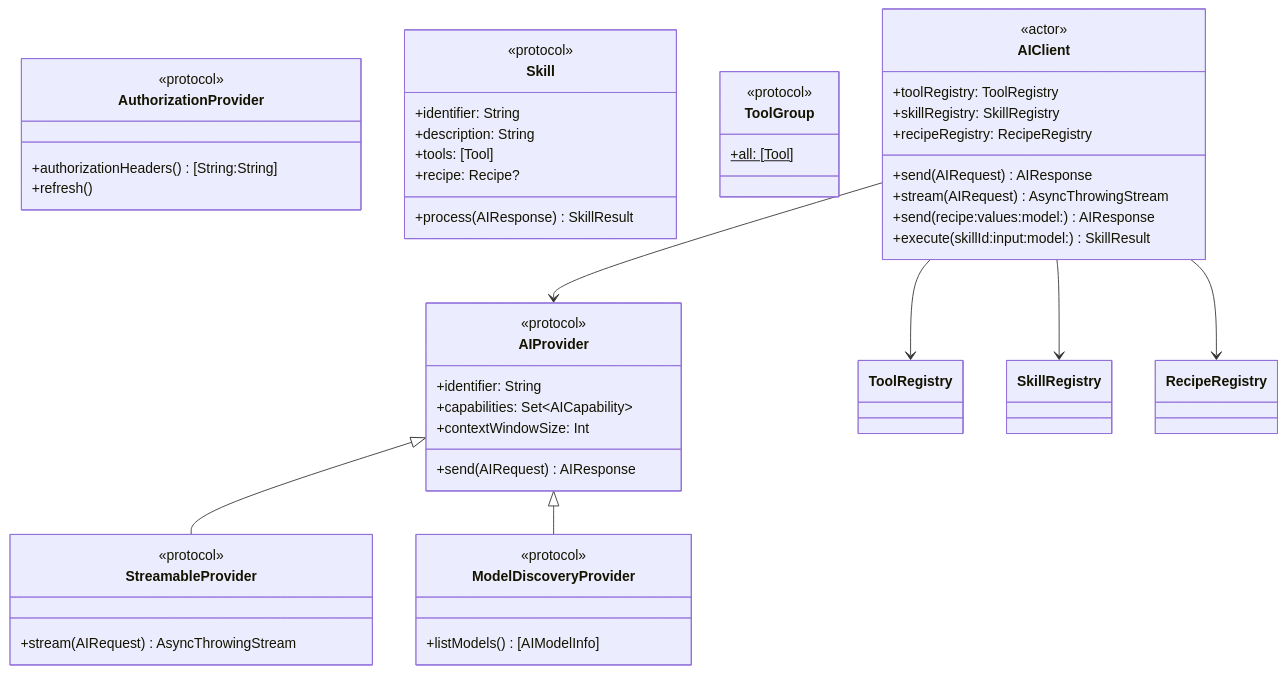
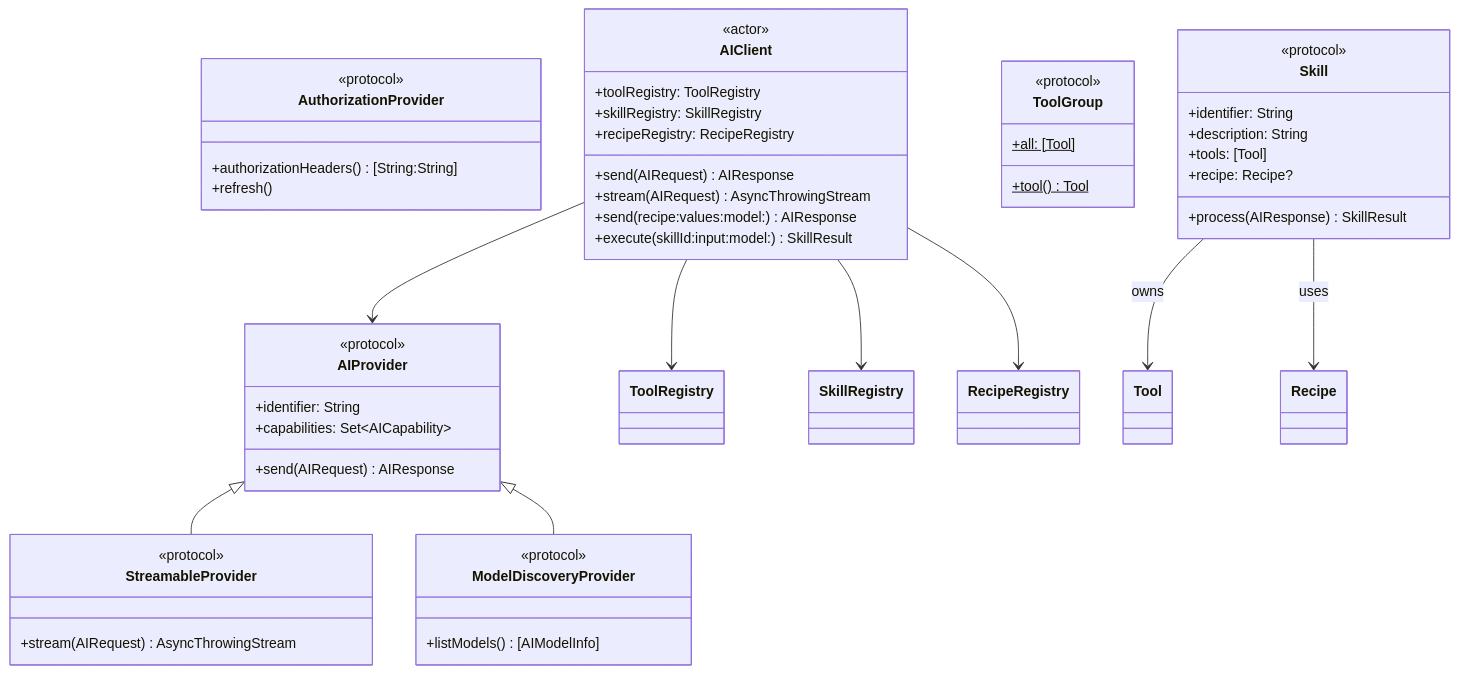
The second of 8 diagrams in Documentation/Architecture.md (molayab/swift-ai-provider-kit), drawn with Mermaid before and after one commit. The commit also changed other lines of this file and 46 other files, not shown here.

````diff
--- a/Documentation/Architecture.md
+++ b/Documentation/Architecture.md
@@ -60,58 +78,60 @@
 ```mermaid
 classDiagram
     class AIProvider {
         <<protocol>>
         +identifier: String
         +capabilities: Set~AICapability~
-        +contextWindowSize: Int
         +send(AIRequest) AIResponse
     }
 
     class StreamableProvider {
         <<protocol>>
         +stream(AIRequest) AsyncThrowingStream
     }
 
     class ModelDiscoveryProvider {
         <<protocol>>
         +listModels() [AIModelInfo]
     }
 
     class AuthorizationProvider {
         <<protocol>>
         +authorizationHeaders() [String:String]
         +refresh()
     }
 
     class Skill {
         <<protocol>>
         +identifier: String
         +description: String
         +tools: [Tool]
         +recipe: Recipe?
         +process(AIResponse) SkillResult
     }
 
     class ToolGroup {
         <<protocol>>
         +all: [Tool]$
+        +tool() Tool$
     }
 
     class AIClient {
         <<actor>>
         +toolRegistry: ToolRegistry
         +skillRegistry: SkillRegistry
         +recipeRegistry: RecipeRegistry
         +send(AIRequest) AIResponse
         +stream(AIRequest) AsyncThrowingStream
         +send(recipe:values:model:) AIResponse
         +execute(skillId:input:model:) SkillResult
     }
 
     AIProvider <|-- StreamableProvider
     AIProvider <|-- ModelDiscoveryProvider
     AIClient --> AIProvider
     AIClient --> ToolRegistry
     AIClient --> SkillRegistry
     AIClient --> RecipeRegistry
+    Skill --> Tool : owns
+    Skill --> Recipe : uses
 ```
````
